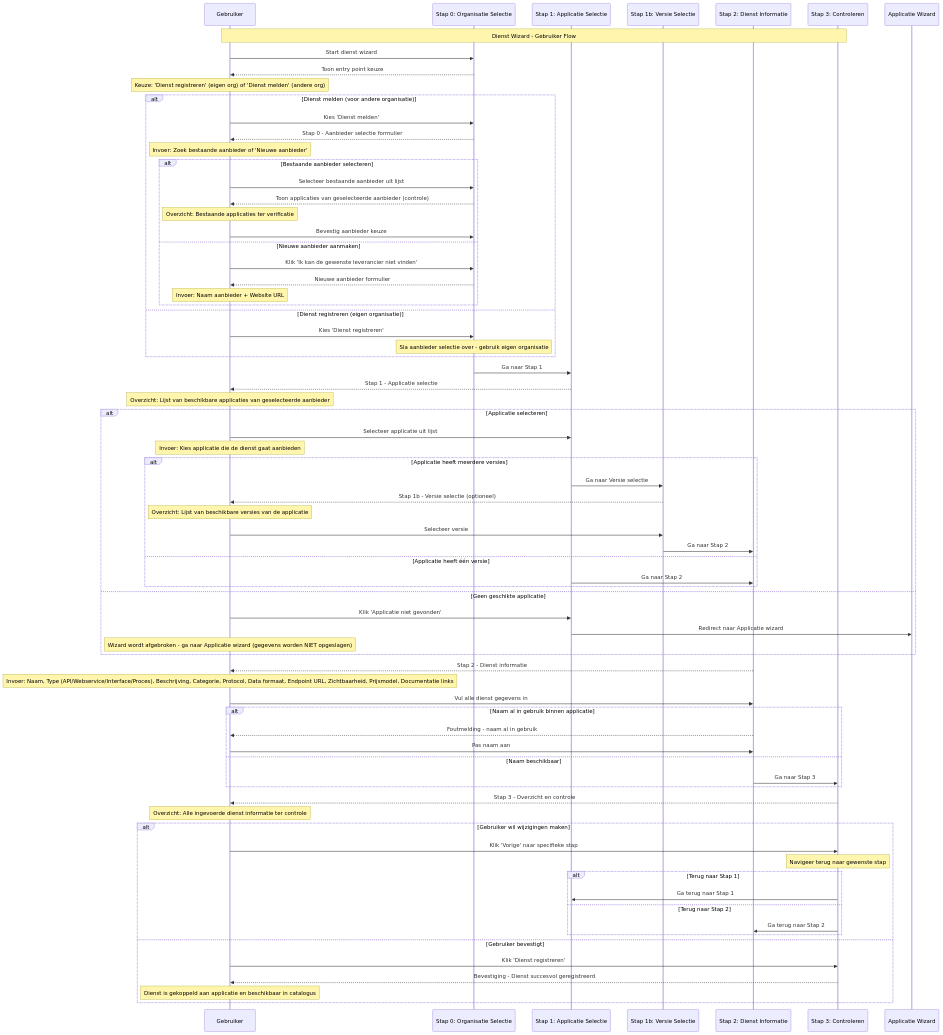
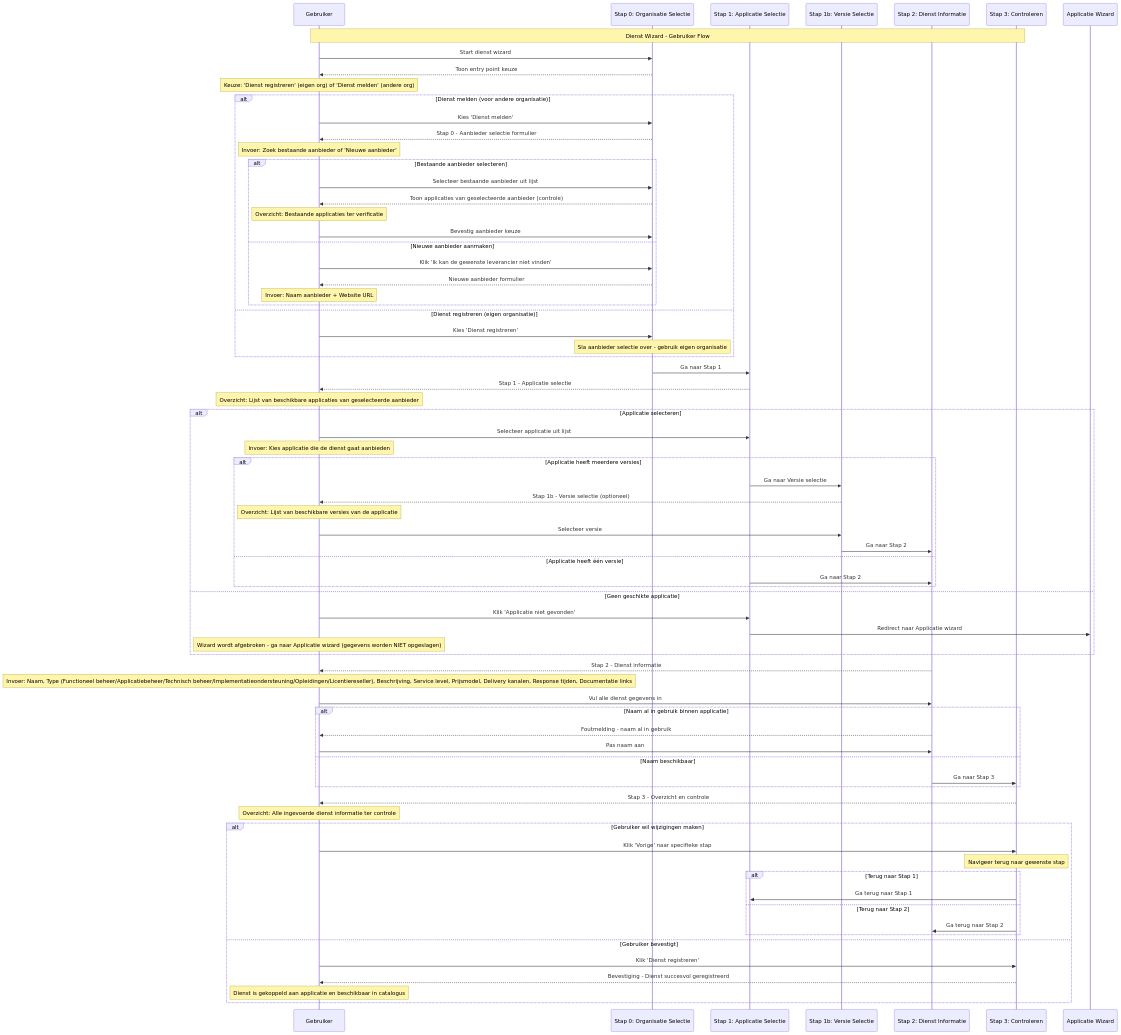
One commit to VNG-Realisatie/Softwarecatalogus changed the diagram in website/docs/Concepten/K003-dienst.md. Above: the diagram before and after it, drawn with Mermaid. The commit also changed other lines of this file and 14 other files, not shown here.

```diff
--- a/website/docs/Concepten/K003-dienst.md
+++ b/website/docs/Concepten/K003-dienst.md
@@ -253,7 +282,7 @@
 
     %% Stap 2: Dienst Informatie
     S2-->>U: Stap 2 - Dienst informatie
-    Note over U: Invoer: Naam, Type (API/Webservice/Interface/Proces), Beschrijving, Categorie, Protocol, Data formaat, Endpoint URL, Zichtbaarheid, Prijsmodel, Documentatie links
+    Note over U: Invoer: Naam, Type (Functioneel beheer/Applicatiebeheer/Technisch beheer/Implementatieondersteuning/Opleidingen/Licentiereseller), Beschrijving, Service level, Prijsmodel, Delivery kanalen, Response tijden, Documentatie links
     U->>S2: Vul alle dienst gegevens in
     
     alt Naam al in gebruik binnen applicatie
```
